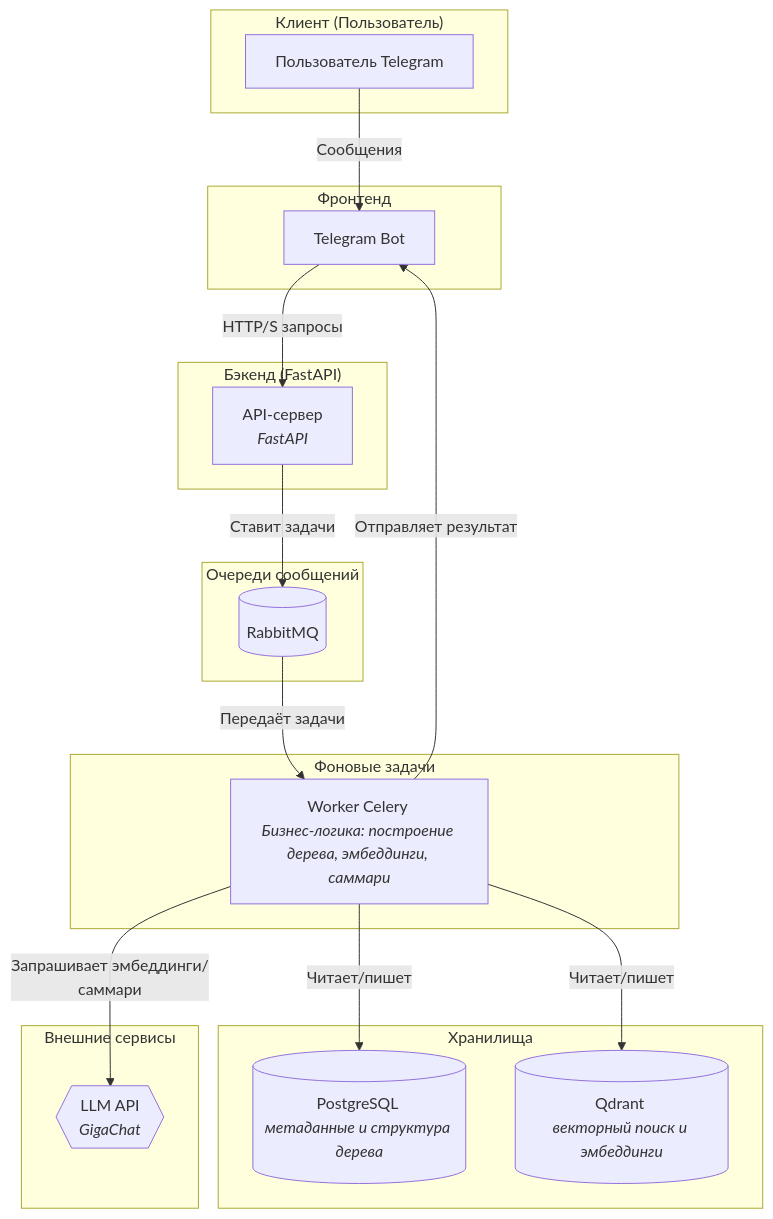
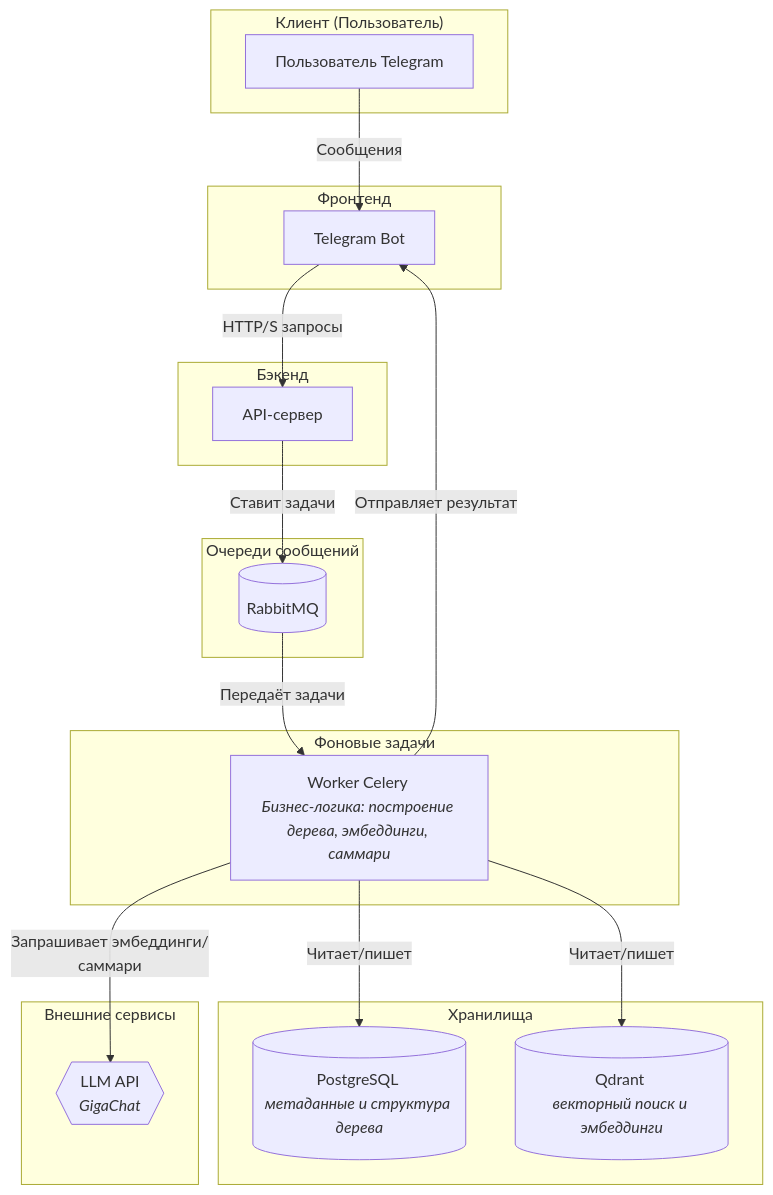
The diagram in Анастасия_Друзьянова/architect.MD (patolog123/Analyst-3.0), drawn with Mermaid before and after one commit.

````diff
--- a/Анастасия_Друзьянова/architect.MD
+++ b/Анастасия_Друзьянова/architect.MD
@@ -1,41 +1,41 @@
 ```mermaid
 graph TD
     subgraph "Клиент (Пользователь)"
         A[Пользователь Telegram]
     end
 
     subgraph "Фронтенд"
         B[Telegram Bot]
     end
 
-    subgraph "Бэкенд (FastAPI)"
-        C[API-сервер <br><i>FastAPI</i>]
+    subgraph "Бэкенд"
+        C[API-сервер]
     end
 
     subgraph "Очереди сообщений"
         J[(RabbitMQ)]
     end
 
     subgraph "Фоновые задачи"
         F[Worker Celery <br><i>Бизнес-логика: построение дерева, эмбеддинги, саммари</i>]
     end
 
     subgraph "Хранилища"
         G[(PostgreSQL <br><i>метаданные и структура дерева</i>)]
         I[(Qdrant <br><i>векторный поиск и эмбеддинги</i>)]
     end
 
     subgraph "Внешние сервисы"
         H{{LLM API <br><i>GigaChat</i>}}
     end
 
     %% Связи между компонентами
     A -- Сообщения --> B
     B -- HTTP/S запросы --> C
     C -- Ставит задачи --> J
     J -- Передаёт задачи --> F
     F -- Запрашивает эмбеддинги/саммари --> H
     F -- Читает/пишет --> G
     F -- Читает/пишет --> I
     F -- Отправляет результат --> B
 ```
````
